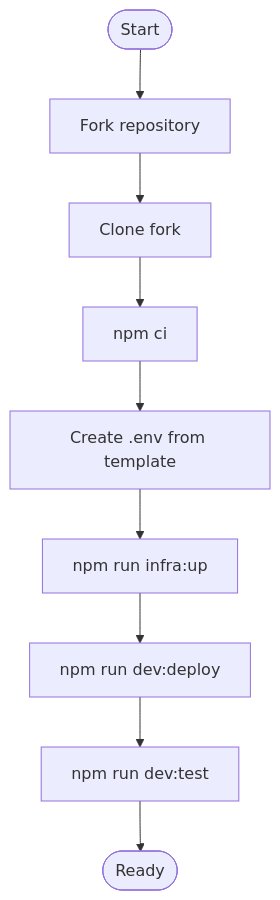
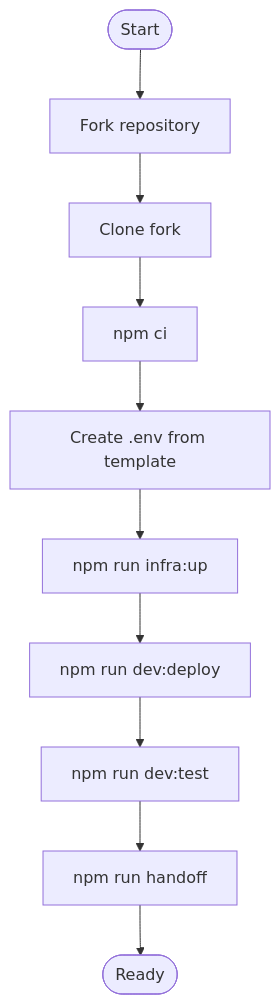
One commit to debian777/kairos-mcp changed the third of 8 diagrams in .qoder/repowiki/en/content/Contributing & Development.md. Above: the diagram before and after it, drawn with Mermaid. The commit also changed other lines of this file and 17 other files, not shown here.

````diff
--- a/.qoder/repowiki/en/content/Contributing & Development.md
+++ b/.qoder/repowiki/en/content/Contributing & Development.md
@@ -122,11 +153,12 @@
 ```mermaid
 flowchart TD
 Start(["Start"]) --> Fork["Fork repository"]
 Fork --> Clone["Clone fork"]
 Clone --> Install["npm ci"]
 Install --> Env["Create .env from template"]
 Env --> Infra["npm run infra:up"]
 Infra --> Deploy["npm run dev:deploy"]
 Deploy --> Test["npm run dev:test"]
-Test --> End(["Ready"])
+Test --> Handoff["npm run handoff"]
+Handoff --> End(["Ready"])
 ```
````
